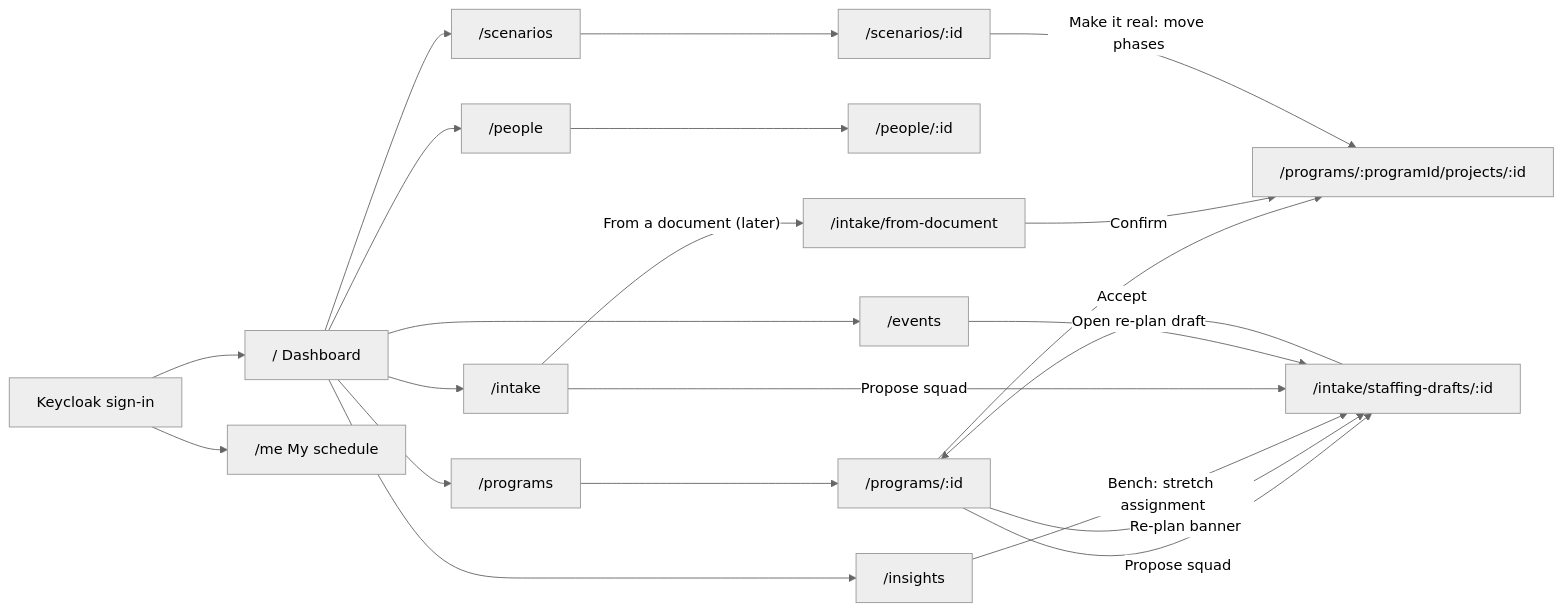
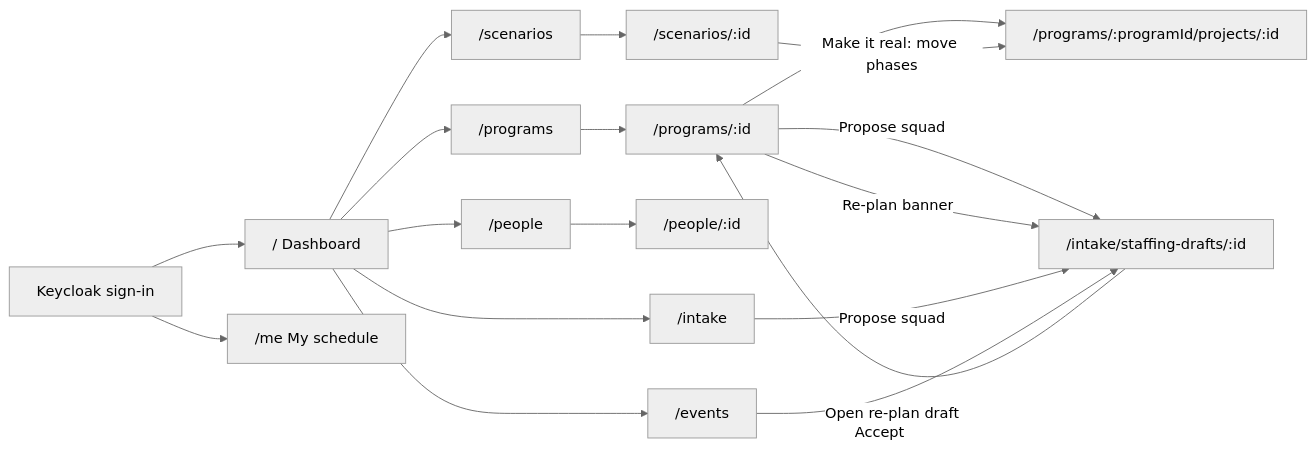
The first of 2 diagrams in client/README.md (dophnamm/the-slot-finder), drawn with Mermaid (neutral theme) before and after one commit. The commit also changed other lines of this file, not shown here.

````diff
--- a/client/README.md
+++ b/client/README.md
@@ -42,24 +48,20 @@
 ```mermaid
 flowchart LR
   signin["Keycloak sign-in"] --> dash["/ Dashboard"]
   signin --> me["/me My schedule"]
   dash --> programs["/programs"]
   programs --> program["/programs/:id"]
   program --> project["/programs/:programId/projects/:id"]
   program -->|"Propose squad"| draft["/intake/staffing-drafts/:id"]
   program -->|"Re-plan banner"| draft
   dash --> intake["/intake"]
   dash --> scenarios["/scenarios"]
   dash --> people["/people"]
   people --> person["/people/:id"]
   dash --> events["/events"]
-  dash --> insights["/insights"]
-  insights -->|"Bench: stretch assignment"| draft
   intake -->|"Propose squad"| draft
-  intake -->|"From a document (later)"| extract["/intake/from-document"]
-  extract -->|"Confirm"| project
   events -->|"Open re-plan draft"| draft
   scenarios --> scenario["/scenarios/:id"]
   scenario -->|"Make it real: move phases"| project
   draft -->|"Accept"| program
 ```
````
